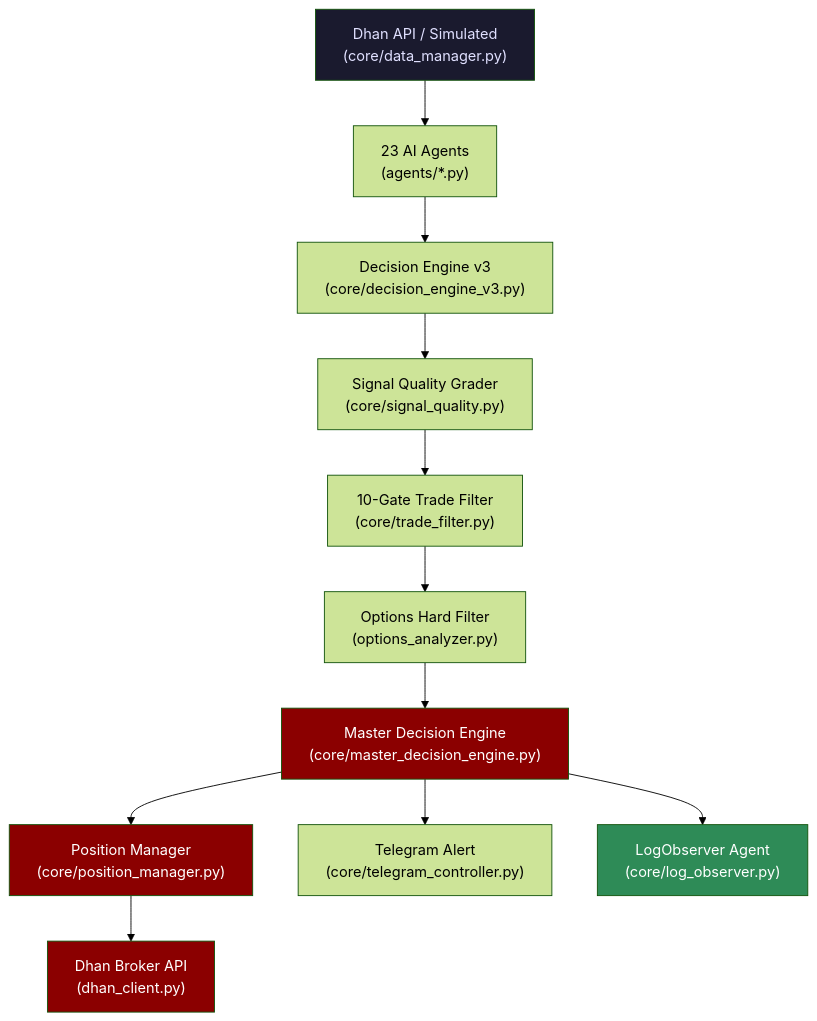
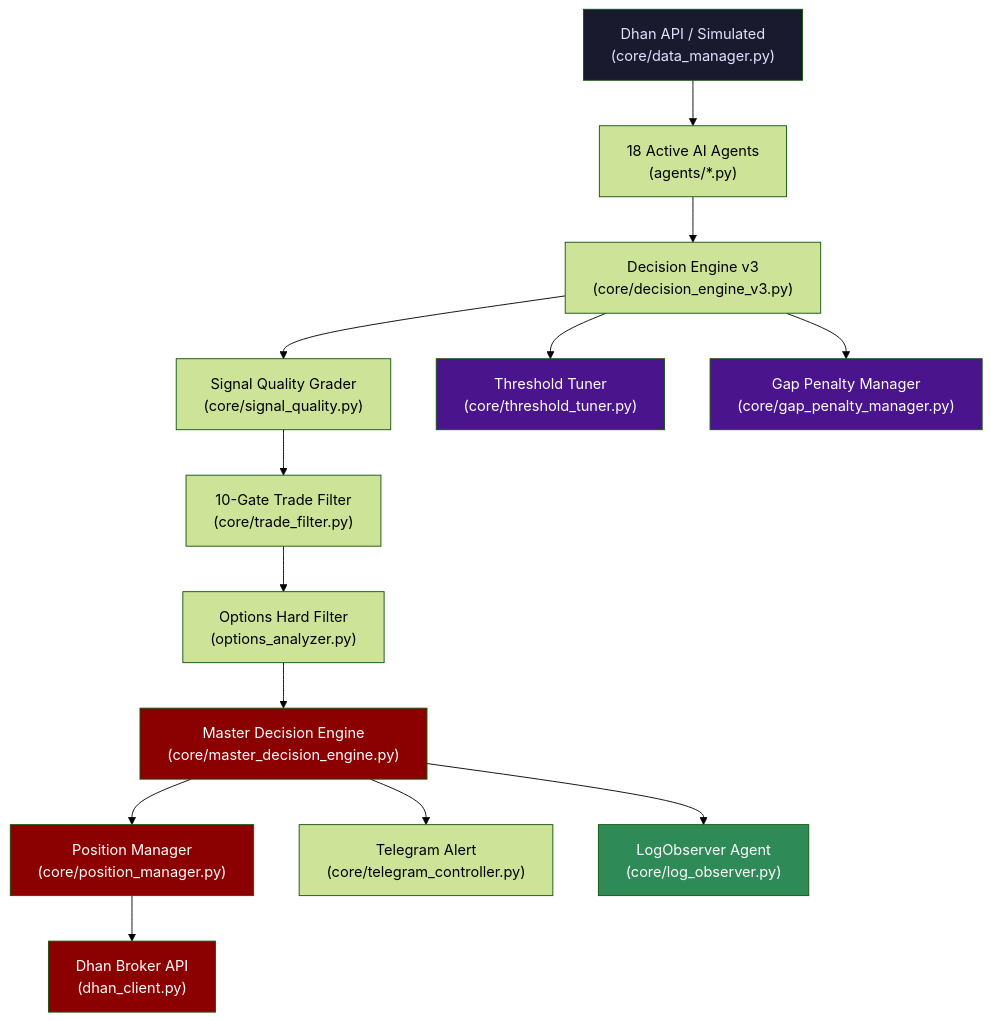
One commit to mskumar7854/nifty_ai_bot changed the first of 2 diagrams in Architecture_map.md. Above: the diagram before and after it, drawn with Mermaid (forest theme). The commit also changed other lines of this file and 19 other files, not shown here.

Commit message:
feat: implement core algorithmic trading system with modular architecture and rigorous risk management settings

````diff
--- a/Architecture_map.md
+++ b/Architecture_map.md
@@ -25,19 +85,23 @@
 ```mermaid
 flowchart TD
-    A["Dhan API / Simulated\n(core/data_manager.py)"] --> B["23 AI Agents\n(agents/*.py)"]
+    A["Dhan API / Simulated\n(core/data_manager.py)"] --> B["18 Active AI Agents\n(agents/*.py)"]
     B --> C["Decision Engine v3\n(core/decision_engine_v3.py)"]
     C --> D["Signal Quality Grader\n(core/signal_quality.py)"]
     D --> E["10-Gate Trade Filter\n(core/trade_filter.py)"]
     E --> F["Options Hard Filter\n(options_analyzer.py)"]
     F --> G["Master Decision Engine\n(core/master_decision_engine.py)"]
     G --> H["Position Manager\n(core/position_manager.py)"]
     H --> I["Dhan Broker API\n(dhan_client.py)"]
     G --> J["Telegram Alert\n(core/telegram_controller.py)"]
     G --> K["LogObserver Agent\n(core/log_observer.py)"]
+    C --> L["Threshold Tuner\n(core/threshold_tuner.py)"]
+    C --> M["Gap Penalty Manager\n(core/gap_penalty_manager.py)"]
 
     style A fill:#1a1a2e,color:#e0e0ff
     style G fill:#8b0000,color:#fff
     style H fill:#8b0000,color:#fff
     style I fill:#8b0000,color:#fff
     style K fill:#2e8b57,color:#fff
+    style L fill:#4a148c,color:#fff
+    style M fill:#4a148c,color:#fff
 ```
````
